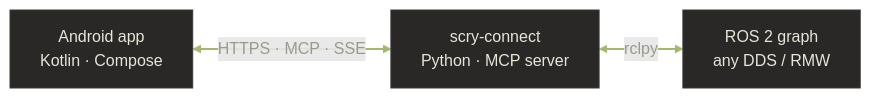
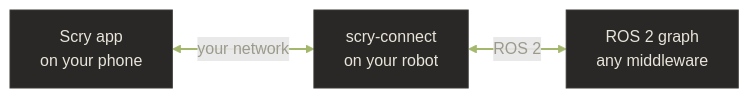
The diagram in docs/index.md (phaneron-robotics/scry), drawn with Mermaid before and after one commit. The commit also changed other lines of this file and 32 other files, not shown here.

````diff
--- a/docs/index.md
+++ b/docs/index.md
@@ -90,11 +81,11 @@
 ```mermaid
 flowchart LR
-    A["Android app\nKotlin · Compose"]
-    B["scry-connect\nPython · MCP server"]
-    C["ROS 2 graph\nany DDS / RMW"]
-    A <-->|"HTTPS · MCP · SSE"| B
-    B <-->|"rclpy"| C
+    A["Scry app\non your phone"]
+    B["scry-connect\non your robot"]
+    C["ROS 2 graph\nany middleware"]
+    A <-->|"your network"| B
+    B <-->|"ROS 2"| C
     classDef brand fill:#292826,stroke:#3A3835,stroke-width:1px,color:#E8E4D9
     class A,B,C brand
     linkStyle 0,1 stroke:#A3B86C,stroke-width:2px,color:#9C9A8D
 ```
````
